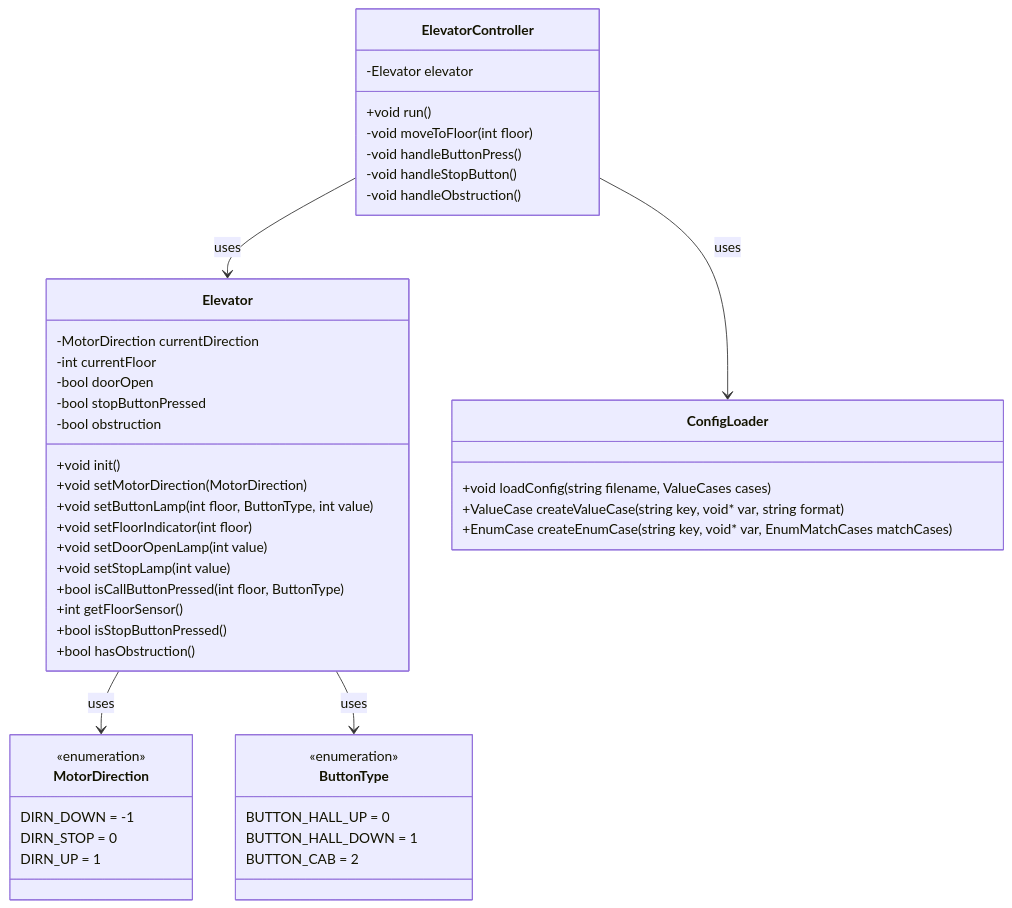
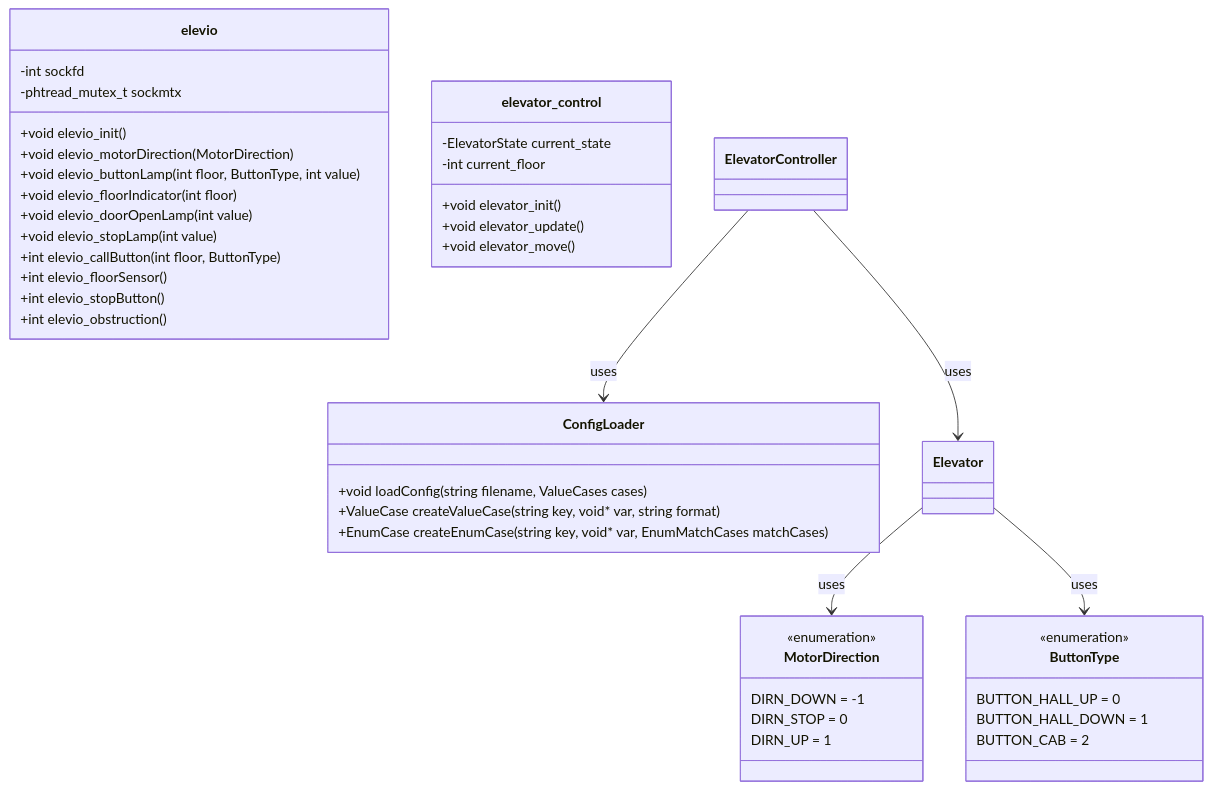
One commit to spalder/elevator-lab changed the diagram in diagrams/class-diagram.mmd. Above: the diagram before and after it, drawn with Mermaid.

Commit message:
Added elevator control in class diagram and updated elevio class

```diff
--- a/diagrams/class-diagram.mmd
+++ b/diagrams/class-diagram.mmd
@@ -1,54 +1,50 @@
 classDiagram
-    class Elevator {
-        -MotorDirection currentDirection
-        -int currentFloor
-        -bool doorOpen
-        -bool stopButtonPressed
-        -bool obstruction
-        +void init()
-        +void setMotorDirection(MotorDirection)
-        +void setButtonLamp(int floor, ButtonType, int value)
-        +void setFloorIndicator(int floor)
-        +void setDoorOpenLamp(int value)
-        +void setStopLamp(int value)
-        +bool isCallButtonPressed(int floor, ButtonType)
-        +int getFloorSensor()
-        +bool isStopButtonPressed()
-        +bool hasObstruction()
+    class elevio {
+        -int sockfd
+        -phtread_mutex_t sockmtx
+        +void elevio_init()
+        +void elevio_motorDirection(MotorDirection)
+        +void elevio_buttonLamp(int floor, ButtonType, int value)
+        +void elevio_floorIndicator(int floor)
+        +void elevio_doorOpenLamp(int value)
+        +void elevio_stopLamp(int value)
+        +int elevio_callButton(int floor, ButtonType)
+        +int elevio_floorSensor()
+        +int elevio_stopButton()
+        +int elevio_obstruction()
     }
 
-    class ElevatorController {
-        -Elevator elevator
-        +void run()
-        -void moveToFloor(int floor)
-        -void handleButtonPress()
-        -void handleStopButton()
-        -void handleObstruction()
+    class elevator_control {
+        -ElevatorState current_state    
+        -int current_floor
+        +void elevator_init()
+        +void elevator_update()
+        +void elevator_move()
     }
 
     class ConfigLoader {
         +void loadConfig(string filename, ValueCases cases)
         +ValueCase createValueCase(string key, void* var, string format)
         +EnumCase createEnumCase(string key, void* var, EnumMatchCases matchCases)
     }
 
     %% Enums
     class MotorDirection {
         <<enumeration>>
         DIRN_DOWN = -1
         DIRN_STOP = 0
         DIRN_UP = 1
     }
 
     class ButtonType {
         <<enumeration>>
         BUTTON_HALL_UP = 0
         BUTTON_HALL_DOWN = 1
         BUTTON_CAB = 2
     }
 
     %% Relationships
     ElevatorController --> Elevator : uses
     ElevatorController --> ConfigLoader : uses
     Elevator --> MotorDirection : uses
     Elevator --> ButtonType : uses
```
